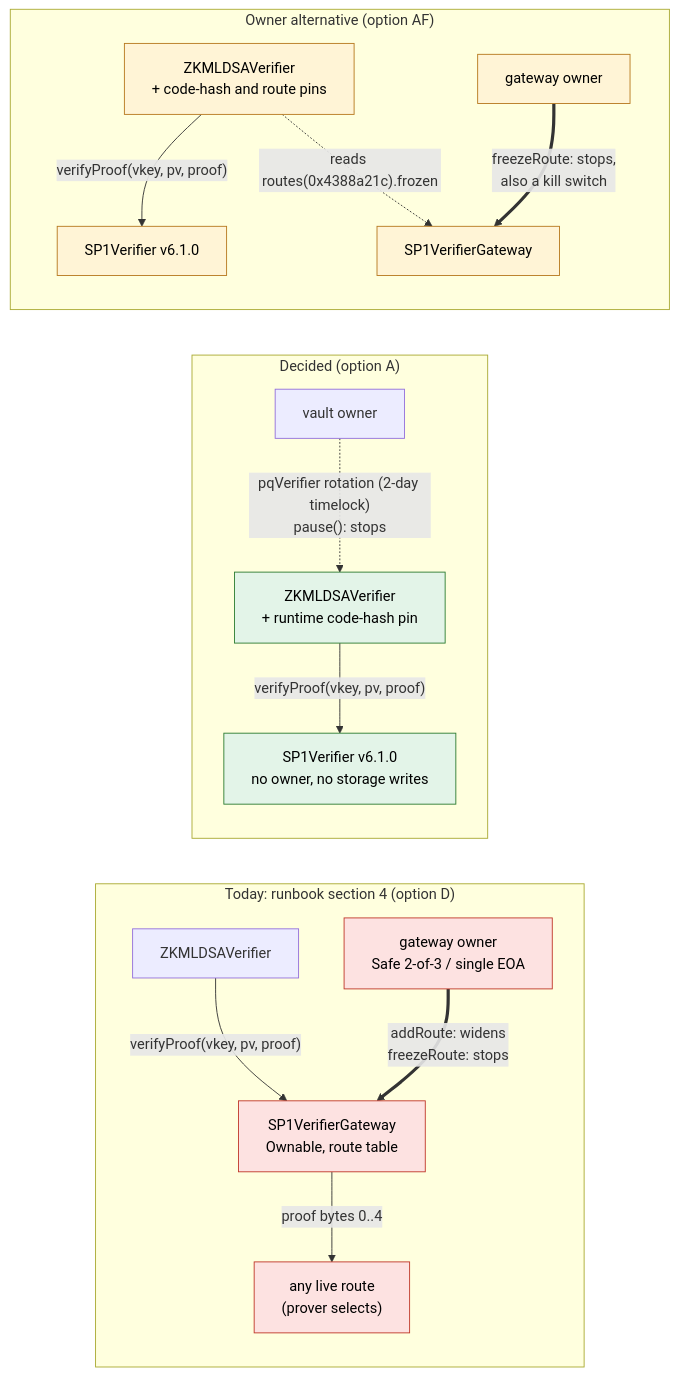
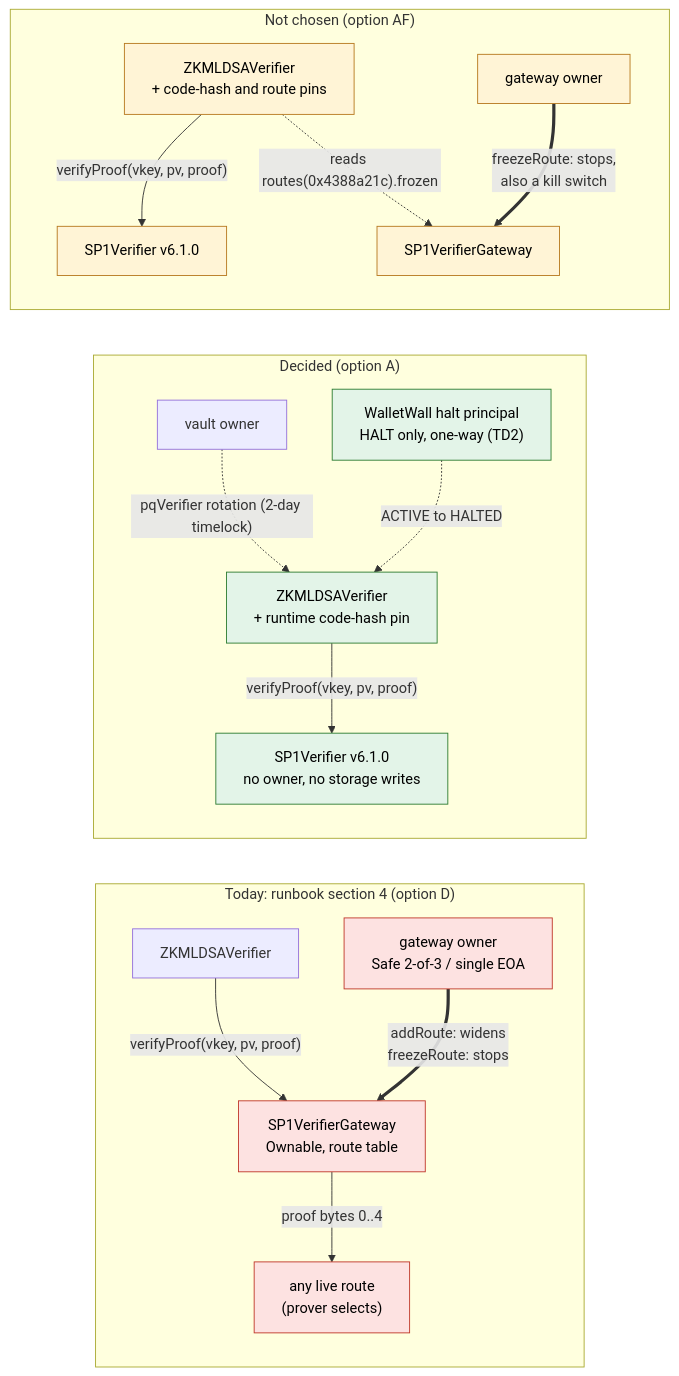
Before and after one commit to Wallet-Wall/walletwall-vault: the diagram in docs/SP1_TD1_Trust_Target_Program_Identity.md, drawn with Mermaid. The commit also changed other lines of this file and 5 other files, not shown here.

First line of the commit message:
evidence(zk): SP1-TD1 owner decision: local one-way verifier halt

````diff
--- a/docs/SP1_TD1_Trust_Target_Program_Identity.md
+++ b/docs/SP1_TD1_Trust_Target_Program_Identity.md
@@ -120,23 +131,24 @@
 ```mermaid
 flowchart LR
     subgraph today["Today: runbook section 4 (option D)"]
         Z1["ZKMLDSAVerifier"] -->|"verifyProof(vkey, pv, proof)"| G["SP1VerifierGateway<br/>Ownable, route table"]
         G -->|"proof bytes 0..4"| R["any live route<br/>(prover selects)"]
         O["gateway owner<br/>Safe 2-of-3 / single EOA"] ==>|"addRoute: widens<br/>freezeRoute: stops"| G
     end
     subgraph decided["Decided (option A)"]
         Z2["ZKMLDSAVerifier<br/>+ runtime code-hash pin"] -->|"verifyProof(vkey, pv, proof)"| V["SP1Verifier v6.1.0<br/>no owner, no storage writes"]
-        W["vault owner"] -.->|"pqVerifier rotation (2-day timelock)<br/>pause(): stops"| Z2
+        W["vault owner"] -.->|"pqVerifier rotation (2-day timelock)"| Z2
+        H["WalletWall halt principal<br/>HALT only, one-way (TD2)"] -.->|"ACTIVE to HALTED"| Z2
     end
-    subgraph alt["Owner alternative (option AF)"]
+    subgraph alt["Not chosen (option AF)"]
         Z3["ZKMLDSAVerifier<br/>+ code-hash and route pins"] -->|"verifyProof(vkey, pv, proof)"| V2["SP1Verifier v6.1.0"]
         Z3 -.->|"reads routes(0x4388a21c).frozen"| G2["SP1VerifierGateway"]
         O2["gateway owner"] ==>|"freezeRoute: stops,<br/>also a kill switch"| G2
     end
     classDef bad fill:#fde2e1,stroke:#c0392b,color:#000;
     classDef good fill:#e3f4e8,stroke:#2e7d32,color:#000;
     classDef tradeoff fill:#fff4d6,stroke:#b7791f,color:#000;
     class G,O,R bad;
-    class Z2,V good;
+    class Z2,V,H good;
     class Z3,V2,G2,O2 tradeoff;
 ```
````
